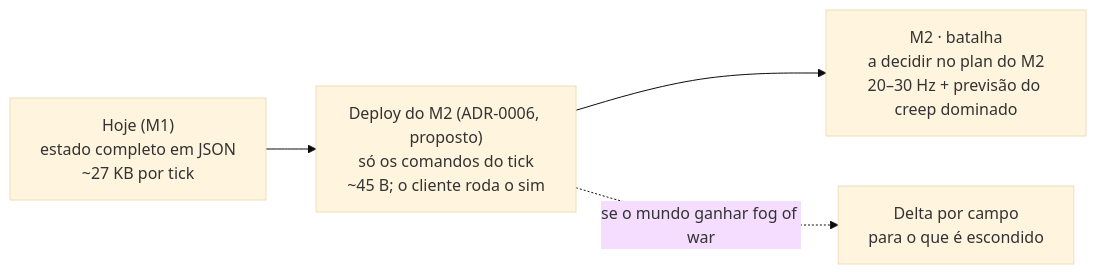
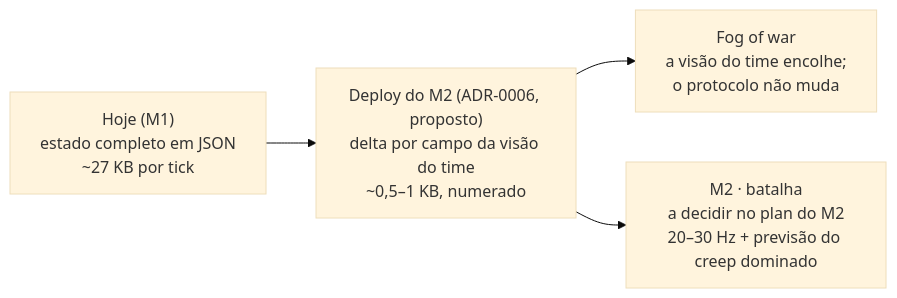
Before and after one commit to eliasfeijo/geometrix: the seventh of 8 diagrams in docs/OVERVIEW.md, drawn with Mermaid (base theme). The commit also changed other lines of this file, not shown here.

Commit message:
docs: align the overview with the revised ADR-0006

````diff
--- a/docs/OVERVIEW.md
+++ b/docs/OVERVIEW.md
@@ -448,6 +450,6 @@
 ```mermaid
 flowchart LR
-    A["Hoje (M1)<br/>estado completo em JSON<br/>~27 KB por tick"] --> B["Deploy do M2 (ADR-0006, proposto)<br/>só os comandos do tick<br/>~45 B; o cliente roda o sim"]
+    A["Hoje (M1)<br/>estado completo em JSON<br/>~27 KB por tick"] --> B["Deploy do M2 (ADR-0006, proposto)<br/>delta por campo da visão do time<br/>~0,5–1 KB, numerado"]
+    B --> D["Fog of war<br/>a visão do time encolhe;<br/>o protocolo não muda"]
     B --> C["M2 · batalha<br/>a decidir no plan do M2<br/>20–30 Hz + previsão do creep dominado"]
-    B -.->|"se o mundo ganhar fog of war"| D["Delta por campo<br/>para o que é escondido"]
 ```
````
